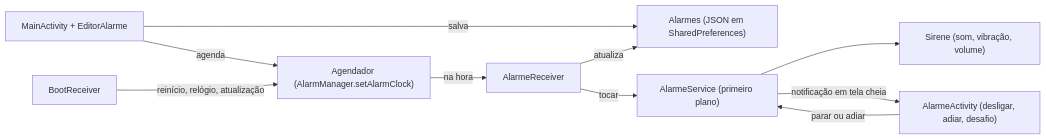
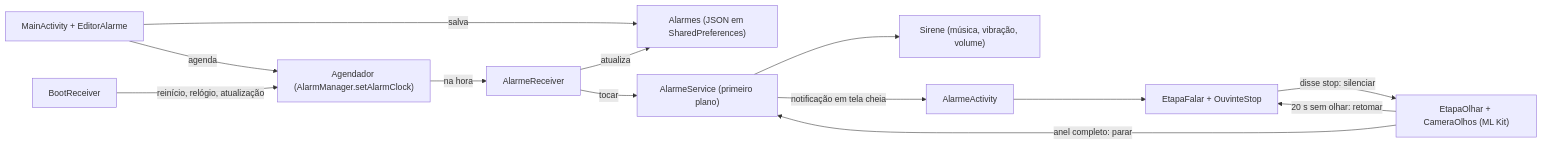
Before and after one commit to luiz-nast/alarme-implacavel: the diagram in README.md, drawn with Mermaid. The commit also changed other lines of this file and 17 other files, not shown here.

First line of the commit message:
Missão pra desligar: dizer STOP e olhar pra câmera de olhos abertos

````diff
--- a/README.md
+++ b/README.md
@@ -49,12 +53,15 @@
 ```mermaid
 flowchart LR
     UI["MainActivity + EditorAlarme"] -->|salva| Repo["Alarmes (JSON em SharedPreferences)"]
     UI -->|agenda| Ag["Agendador (AlarmManager.setAlarmClock)"]
     Ag -->|na hora| Rec["AlarmeReceiver"]
     Rec -->|atualiza| Repo
     Rec -->|tocar| Svc["AlarmeService (primeiro plano)"]
-    Svc --> Sir["Sirene (som, vibração, volume)"]
-    Svc -->|notificação em tela cheia| Tela["AlarmeActivity (desligar, adiar, desafio)"]
-    Tela -->|parar ou adiar| Svc
+    Svc --> Sir["Sirene (música, vibração, volume)"]
+    Svc -->|notificação em tela cheia| Tela["AlarmeActivity"]
+    Tela --> Falar["EtapaFalar + OuvinteStop"]
+    Falar -->|disse stop: silenciar| Olhar["EtapaOlhar + CameraOlhos (ML Kit)"]
+    Olhar -->|anel completo: parar| Svc
+    Olhar -->|20 s sem olhar: retomar| Falar
     Boot["BootReceiver"] -->|reinício, relógio, atualização| Ag
 ```
````
